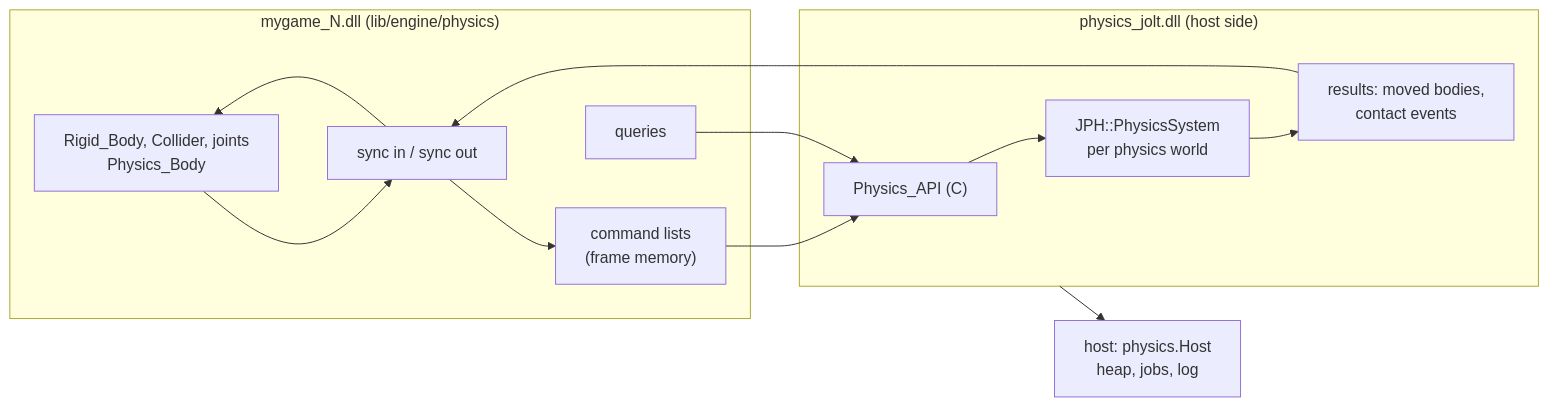
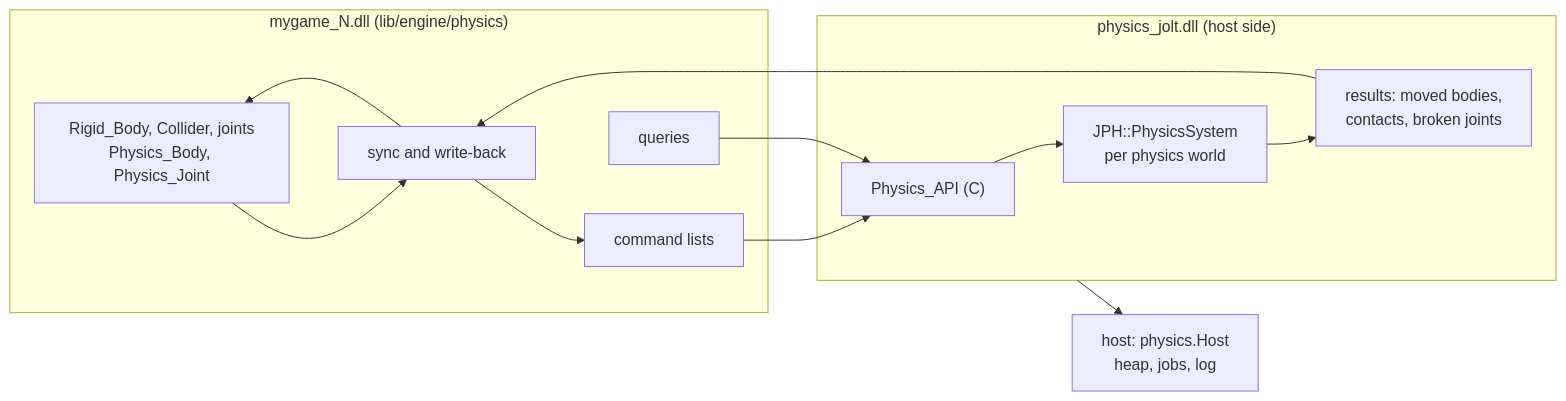
The diagram in docs/physics/design.md (aszecsei/cinnabar), drawn with Mermaid before and after one commit. The commit also changed other lines of this file and 12 other files, not shown here.

````diff
--- a/docs/physics/design.md
+++ b/docs/physics/design.md
@@ -18,20 +15,20 @@
 ```mermaid
 flowchart LR
     subgraph GAME["mygame_N.dll (lib/engine/physics)"]
-        COMP["Rigid_Body, Collider, joints<br/>Physics_Body"]
-        SYNC["sync in / sync out"]
-        CMDS["command lists<br/>(frame memory)"]
+        COMP["Rigid_Body, Collider, joints<br/>Physics_Body, Physics_Joint"]
+        SYNC["sync and write-back"]
+        CMDS["command lists"]
         Q["queries"]
     end
     subgraph PLUG["physics_jolt.dll (host side)"]
         API["Physics_API (C)"]
         JOLT["JPH::PhysicsSystem<br/>per physics world"]
-        BUF["results: moved bodies,<br/>contact events"]
+        BUF["results: moved bodies,<br/>contacts, broken joints"]
     end
     HOST["host: physics.Host<br/>heap, jobs, log"]
 
     COMP --> SYNC --> CMDS --> API --> JOLT
     JOLT --> BUF --> SYNC --> COMP
     Q --> API
     PLUG --> HOST
 ```
````
